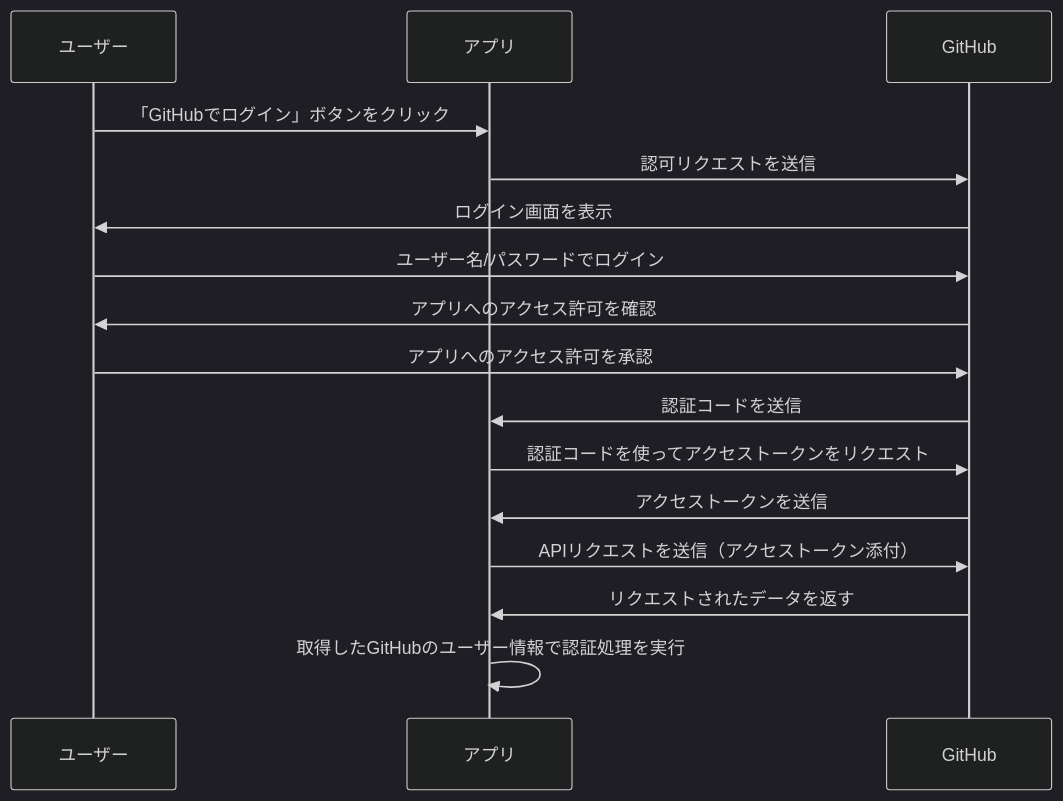
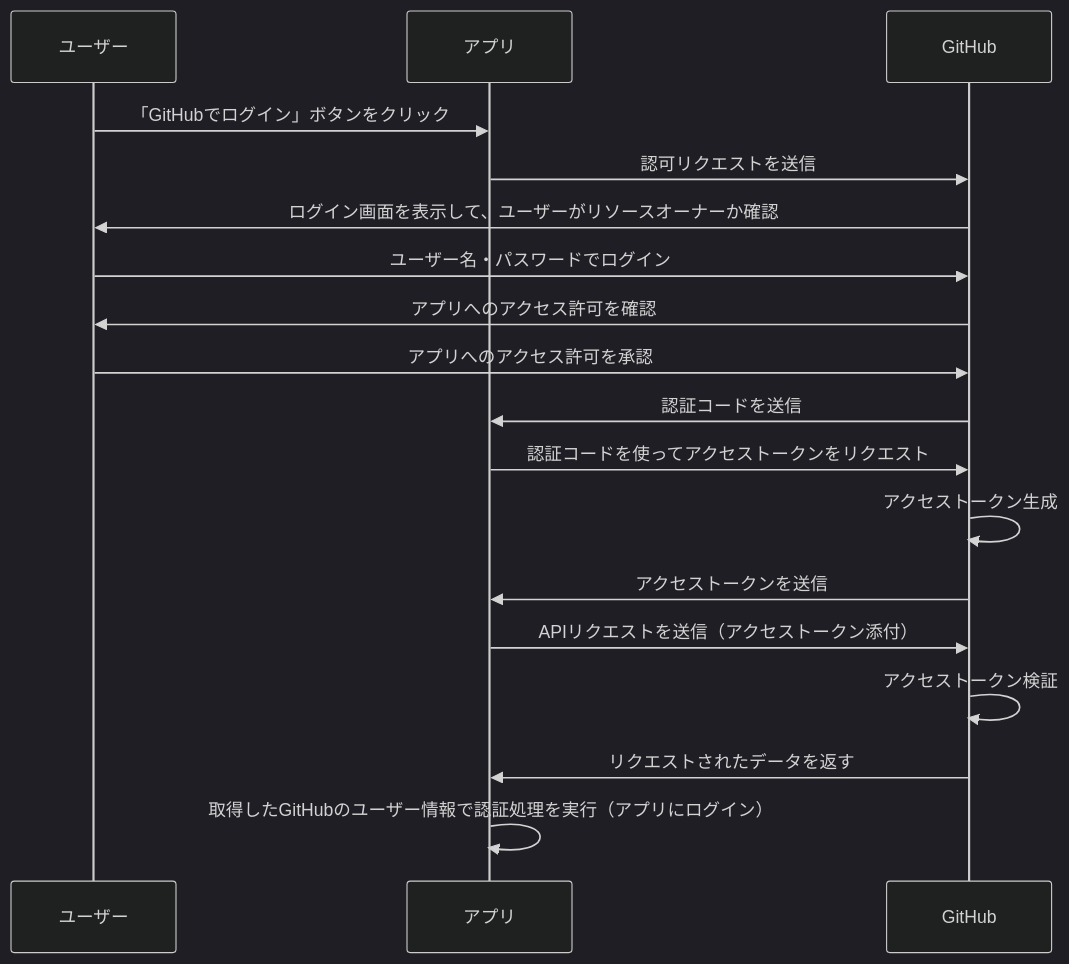
The second of 2 diagrams in articles/oauth-and-social-auth.md (otaki0413/zenn-connects), drawn with Mermaid (dark theme) before and after one commit. The commit also changed other lines of this file, not shown here.

````diff
--- a/articles/oauth-and-social-auth.md
+++ b/articles/oauth-and-social-auth.md
@@ -141,19 +147,21 @@
 ```mermaid
 sequenceDiagram
     participant User as ユーザー
     participant App as アプリ
     participant GitHub as GitHub
 
     User->>App: 「GitHubでログイン」ボタンをクリック
     App->>GitHub: 認可リクエストを送信
-    GitHub->>User: ログイン画面を表示
-    User->>GitHub: ユーザー名/パスワードでログイン
+    GitHub->>User: ログイン画面を表示して、ユーザーがリソースオーナーか確認
+    User->>GitHub: ユーザー名・パスワードでログイン
     GitHub->>User: アプリへのアクセス許可を確認
     User->>GitHub: アプリへのアクセス許可を承認
     GitHub->>App: 認証コードを送信
     App->>GitHub: 認証コードを使ってアクセストークンをリクエスト
+    GitHub->>GitHub: アクセストークン生成
     GitHub->>App: アクセストークンを送信
     App->>GitHub: APIリクエストを送信（アクセストークン添付）
+    GitHub->>GitHub: アクセストークン検証
     GitHub->>App: リクエストされたデータを返す
-    App->>App: 取得したGitHubのユーザー情報で認証処理を実行
+    App->>App: 取得したGitHubのユーザー情報で認証処理を実行（アプリにログイン）
 ```
````
